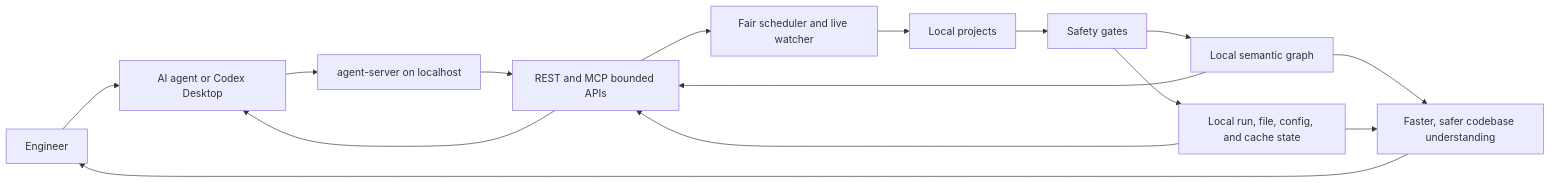
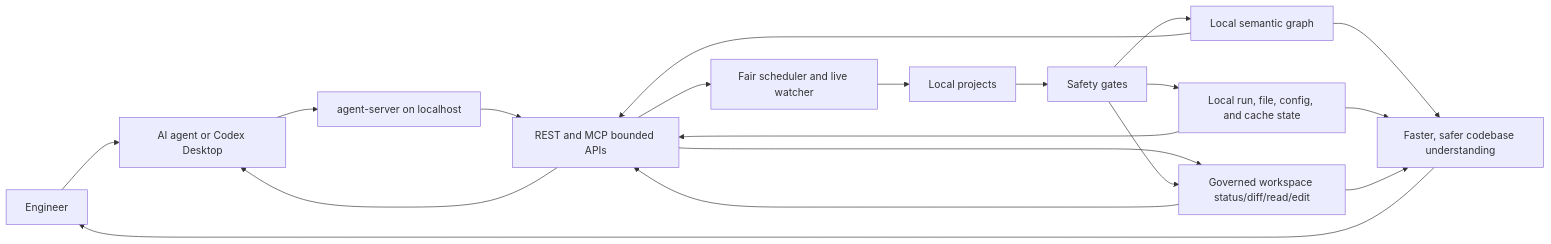
The second of 4 diagrams in README.md (MiviaLabs/go-mivia), drawn with Mermaid before and after one commit. The commit also changed other lines of this file and 6 other files, not shown here.

````diff
--- a/README.md
+++ b/README.md
@@ -96,28 +96,33 @@
 ```mermaid
 flowchart LR
   Engineer["Engineer"]
   Agent["AI agent or Codex Desktop"]
   Server["agent-server on localhost"]
   Projects["Local projects"]
   Scheduler["Fair scheduler and live watcher"]
   Safety["Safety gates"]
   Graph["Local semantic graph"]
   SQLite["Local run, file, config, and cache state"]
   APIs["REST and MCP bounded APIs"]
+  Workspace["Governed workspace status/diff/read/edit"]
 
   Engineer --> Agent
   Agent --> Server
   Server --> APIs
+  APIs --> Workspace
   APIs --> Scheduler
   Scheduler --> Projects
   Projects --> Safety
+  Safety --> Workspace
   Safety --> Graph
   Safety --> SQLite
   Graph --> APIs
   SQLite --> APIs
+  Workspace --> APIs
   APIs --> Agent
 
   Graph --> Value["Faster, safer codebase understanding"]
   SQLite --> Value
+  Workspace --> Value
   Value --> Engineer
 ```
````
